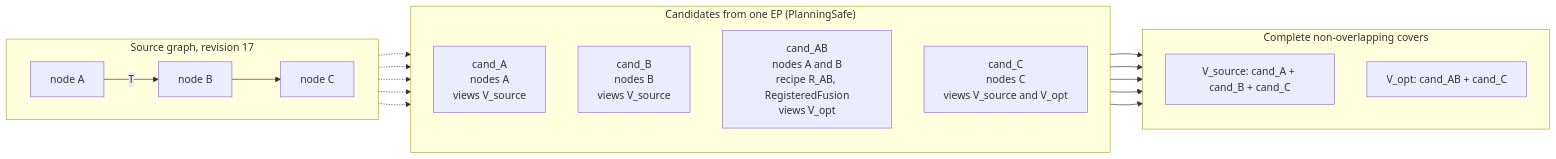
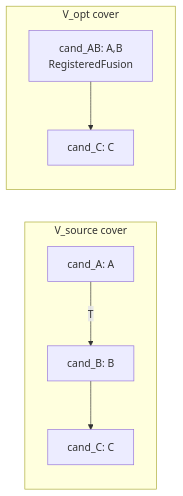
Before and after one commit to microsoft/onnxruntime: the third of 3 diagrams in docs/annotated_partitioning/capability_planning_interfaces.md, drawn with Mermaid. The commit also changed other lines of this file, not shown here.

First line of the commit message:
Condense capability planning interfaces and define the payload

````diff
--- a/docs/annotated_partitioning/capability_planning_interfaces.md
+++ b/docs/annotated_partitioning/capability_planning_interfaces.md
@@ -599,29 +258,9 @@
 ```mermaid
 flowchart LR
-  subgraph SRC["Source graph, revision 17"]
-    direction LR
-    A["node A"] -->|"T"| B["node B"] --> C["node C"]
+  subgraph S["V_source cover"]
+    A["cand_A: A"] -->|"T"| B["cand_B: B"] --> C["cand_C: C"]
   end
-  subgraph CANDS["Candidates from one EP (PlanningSafe)"]
-    direction TB
-    cA["cand_A<br/>nodes A<br/>views V_source"]
-    cB["cand_B<br/>nodes B<br/>views V_source"]
-    cAB["cand_AB<br/>nodes A and B<br/>recipe R_AB, RegisteredFusion<br/>views V_opt"]
-    cC["cand_C<br/>nodes C<br/>views V_source and V_opt"]
+  subgraph O["V_opt cover"]
+    AB["cand_AB: A,B<br/>RegisteredFusion"] --> CO["cand_C: C"]
   end
-  subgraph COVERS["Complete non-overlapping covers"]
-    direction TB
-    VS["V_source: cand_A + cand_B + cand_C"]
-    VO["V_opt: cand_AB + cand_C"]
-  end
-  A -.-> cA
-  B -.-> cB
-  A -.-> cAB
-  B -.-> cAB
-  C -.-> cC
-  cA --> VS
-  cB --> VS
-  cC --> VS
-  cAB --> VO
-  cC --> VO
 ```
````
